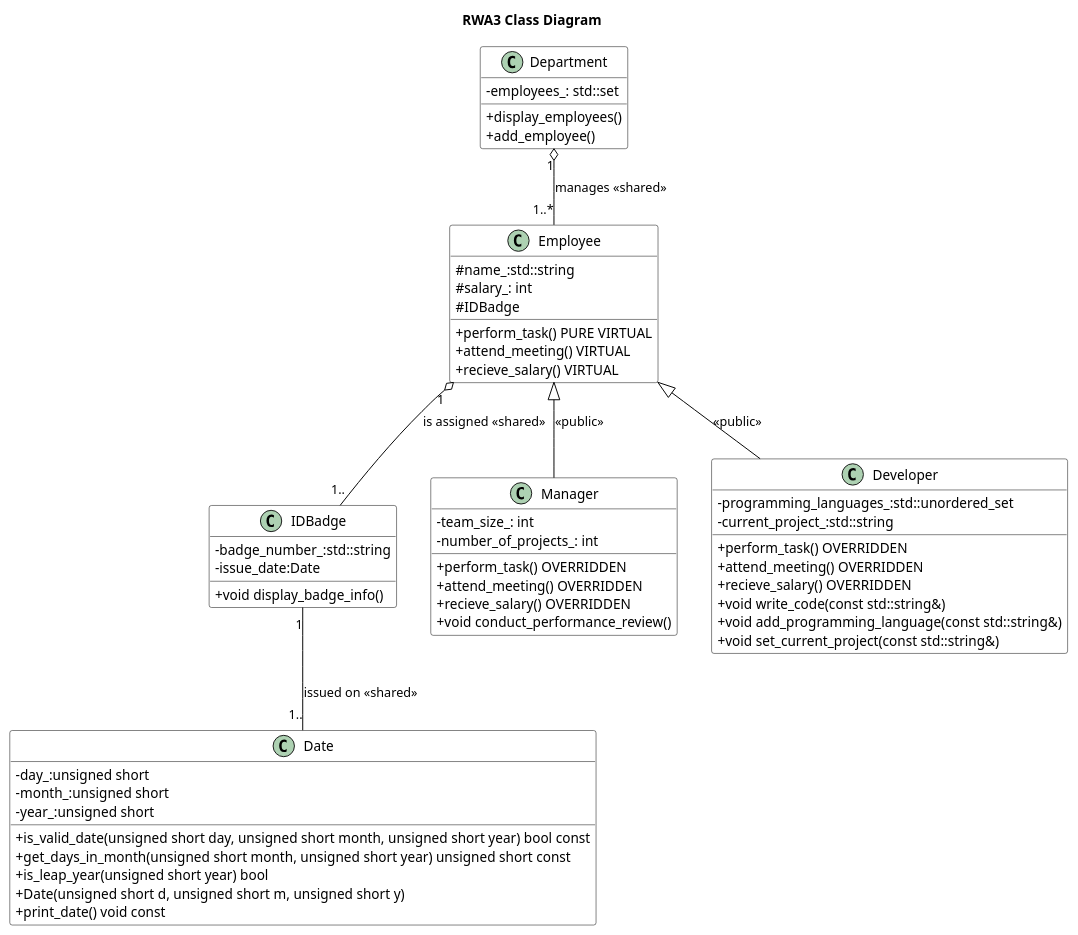
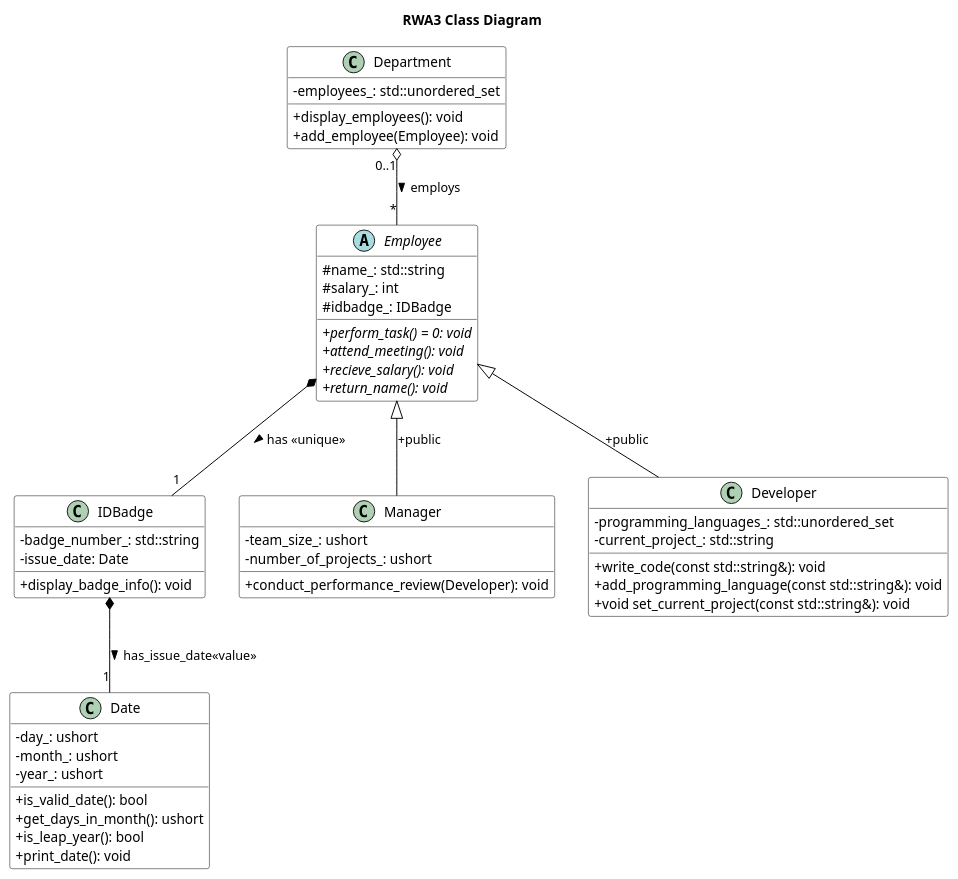
Before and after one commit to dzinobile/enpm702_group3: the diagram in rwa3_3/department/doc/class_diagram.wsd, drawn with PlantUML. The commit also changed 3 other files, not shown here.

Commit message:
updates to class diagram

```diff
--- a/rwa3_3/department/doc/class_diagram.wsd
+++ b/rwa3_3/department/doc/class_diagram.wsd
@@ -1,76 +1,70 @@
 @startuml "RWA3 Class Diagram"
 title RWA3 Class Diagram
 skinparam ClassAttributeIconSize 0
 skinparam class {
     BackgroundColor White
     ArrowColor Black
     BorderColor Black
 }
 
 
 class Department {
-    -employees_: std::set
-    +display_employees()
-    +add_employee()
+    -employees_: std::unordered_set
+    +display_employees(): void
+    +add_employee(Employee): void
 }
 
 class Date {
-    -day_:unsigned short
-    -month_:unsigned short
-    -year_:unsigned short
-    +is_valid_date(unsigned short day, unsigned short month, unsigned short year) bool const
-    +get_days_in_month(unsigned short month, unsigned short year) unsigned short const
-    +is_leap_year(unsigned short year) bool
-    +Date(unsigned short d, unsigned short m, unsigned short y)
-    +print_date() void const
+    -day_: ushort
+    -month_: ushort
+    -year_: ushort
+    +is_valid_date(): bool
+    +get_days_in_month(): ushort
+    +is_leap_year(): bool
+    +print_date(): void
 
 }
 
 class IDBadge{
-    -badge_number_:std::string
-    -issue_date:Date 
-    +void display_badge_info()
+    -badge_number_: std::string
+    -issue_date: Date 
+    +display_badge_info(): void
 }
 
 class Manager {
-    -team_size_: int
-    -number_of_projects_: int
-    +perform_task() OVERRIDDEN
-    +attend_meeting() OVERRIDDEN
-    +recieve_salary() OVERRIDDEN
-    +void conduct_performance_review()
+    -team_size_: ushort
+    -number_of_projects_: ushort
+    +conduct_performance_review(Developer): void
     
 
 }
 
 class Developer{
-    -programming_languages_:std::unordered_set
-    -current_project_:std::string
-    +perform_task() OVERRIDDEN
-    +attend_meeting() OVERRIDDEN
-    +recieve_salary() OVERRIDDEN
-    +void write_code(const std::string&)
-    +void add_programming_language(const std::string&)
-    +void set_current_project(const std::string&)
+    -programming_languages_: std::unordered_set
+    -current_project_: std::string
+    +write_code(const std::string&): void
+    +add_programming_language(const std::string&): void
+    +void set_current_project(const std::string&): void
 }
 
 'Employee class
-class Employee {
-    #name_:std::string
+abstract class Employee {
+    #name_: std::string
     #salary_: int
-    #IDBadge
-    +perform_task() PURE VIRTUAL
-    +attend_meeting() VIRTUAL
-    +recieve_salary() VIRTUAL
+    #idbadge_: IDBadge
+    +{abstract}perform_task() = 0: void
+    +{abstract}attend_meeting(): void
+    +{abstract}recieve_salary(): void
+    +{abstract}return_name(): void
 
 }
 
 'Relationships
-Department "1" o-- "1..*" Employee : manages <<shared>>
-Employee "1" o-- "1.." IDBadge : is assigned <<shared>>
-IDBadge "1" O-- "1.." Date : issued on <<shared>>
-Employee <|-- Developer: <<public>>
-Employee <|-- Manager: <<public>>
+Department  "0..1" o-- "*" Employee : employs > 
+Employee  *-- "1" IDBadge : has <<unique>> >
+IDBadge  *-- "1" Date : has_issue_date<<value>> >
+Employee <|-- Developer: +public
+Employee <|-- Manager: +public
 
 
 @enduml
```
